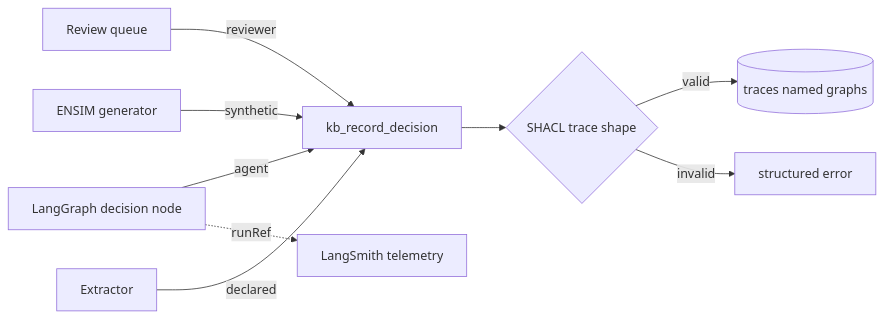
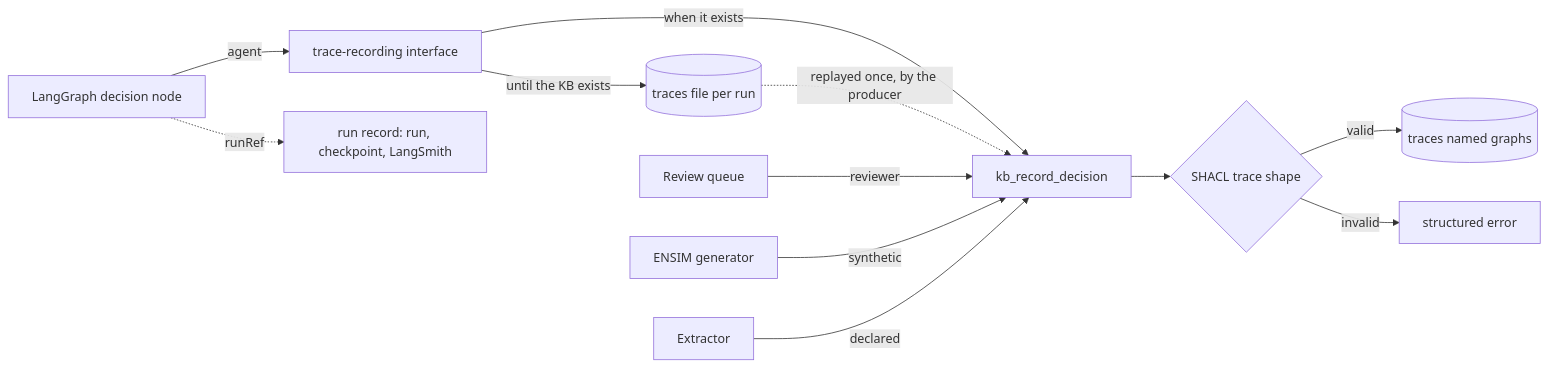
The diagram in .kiro/specs/decision-traces/design.md (semanticarchitectures/acquisition-knowledge-system), drawn with Mermaid before and after one commit. The commit also changed other lines of this file and 3 other files, not shown here.

First line of the commit message:
decision-traces: requirements approved; design revision proposed

````diff
--- a/.kiro/specs/decision-traces/design.md
+++ b/.kiro/specs/decision-traces/design.md
@@ -13,11 +21,14 @@
 ```mermaid
 flowchart LR
-  RQ[Review queue] -->|reviewer| W[kb_record_decision]
-  LG[LangGraph decision node] -->|agent| W
+  LG[LangGraph decision node] -->|agent| RI[trace-recording interface]
+  RI -->|until the KB exists| F[(traces file per run)]
+  RI -->|when it exists| W[kb_record_decision]
+  F -.->|replayed once, by the producer| W
+  RQ[Review queue] -->|reviewer| W
   EN[ENSIM generator] -->|synthetic| W
   EX[Extractor] -->|declared| W
   W --> SH{SHACL trace shape}
   SH -->|valid| TG[(traces named graphs)]
   SH -->|invalid| ERR[structured error]
-  LG -.->|runRef| LS[LangSmith telemetry]
+  LG -.->|runRef| RR[run record: run, checkpoint, LangSmith]
 ```
````
